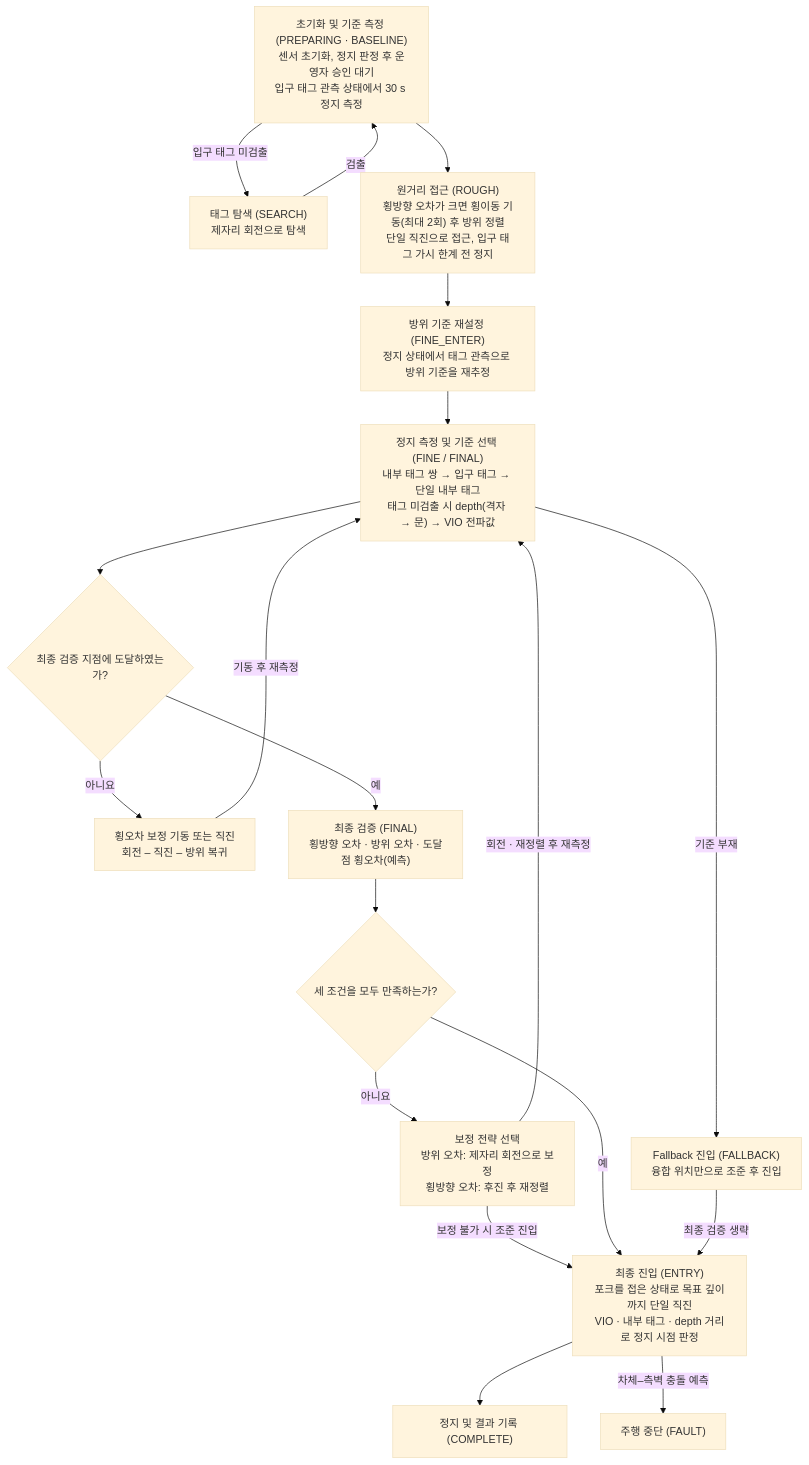
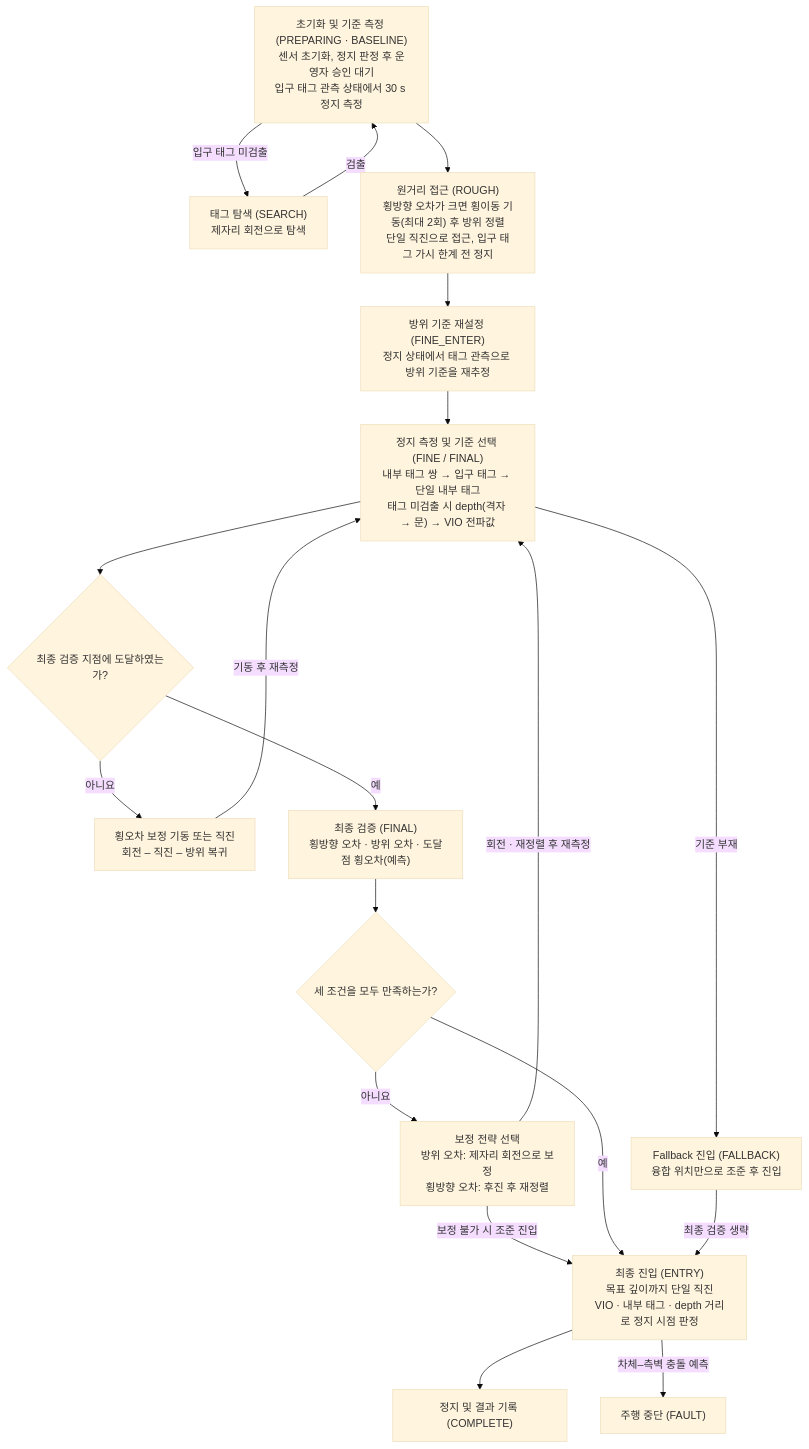
One commit to SeoJe0ngmin/KRRI changed the diagram in docs/fig/fig1-overall-flow.mmd. Above: the diagram before and after it, drawn with Mermaid (base theme). The commit also changed 3 other files, not shown here.

```diff
--- a/docs/fig/fig1-overall-flow.mmd
+++ b/docs/fig/fig1-overall-flow.mmd
@@ -1,20 +1,20 @@
 flowchart TD
     A["초기화 및 기준 측정 (PREPARING · BASELINE)<br/>센서 초기화, 정지 판정 후 운영자 승인 대기<br/>입구 태그 관측 상태에서 30 s 정지 측정"]
     A -->|입구 태그 미검출| D["태그 탐색 (SEARCH)<br/>제자리 회전으로 탐색"]
     D -->|검출| A
     A --> F["원거리 접근 (ROUGH)<br/>횡방향 오차가 크면 횡이동 기동(최대 2회) 후 방위 정렬<br/>단일 직진으로 접근, 입구 태그 가시 한계 전 정지"]
     F --> G["방위 기준 재설정 (FINE_ENTER)<br/>정지 상태에서 태그 관측으로 방위 기준을 재추정"]
     G --> H["정지 측정 및 기준 선택 (FINE / FINAL)<br/>내부 태그 쌍 → 입구 태그 → 단일 내부 태그<br/>태그 미검출 시 depth(격자 → 문) → VIO 전파값"]
     H -->|기준 부재| Q["Fallback 진입 (FALLBACK)<br/>융합 위치만으로 조준 후 진입"]
     H --> K{"최종 검증 지점에 도달하였는가?"}
     K -->|아니요| J["횡오차 보정 기동 또는 직진<br/>회전 – 직진 – 방위 복귀"]
     J -->|기동 후 재측정| H
     K -->|예| N["최종 검증 (FINAL)<br/>횡방향 오차 · 방위 오차 · 도달점 횡오차(예측)"]
     N --> P{"세 조건을 모두 만족하는가?"}
     P -->|아니요| O["보정 전략 선택<br/>방위 오차: 제자리 회전으로 보정<br/>횡방향 오차: 후진 후 재정렬"]
     O -->|회전 · 재정렬 후 재측정| H
     O -->|보정 불가 시 조준 진입| Y
-    P -->|예| Y["최종 진입 (ENTRY)<br/>포크를 접은 상태로 목표 깊이까지 단일 직진<br/>VIO · 내부 태그 · depth 거리로 정지 시점 판정"]
+    P -->|예| Y["최종 진입 (ENTRY)<br/>목표 깊이까지 단일 직진<br/>VIO · 내부 태그 · depth 거리로 정지 시점 판정"]
     Q -->|최종 검증 생략| Y
     Y --> Z["정지 및 결과 기록 (COMPLETE)"]
     Y -->|차체–측벽 충돌 예측| S["주행 중단 (FAULT)"]
```
